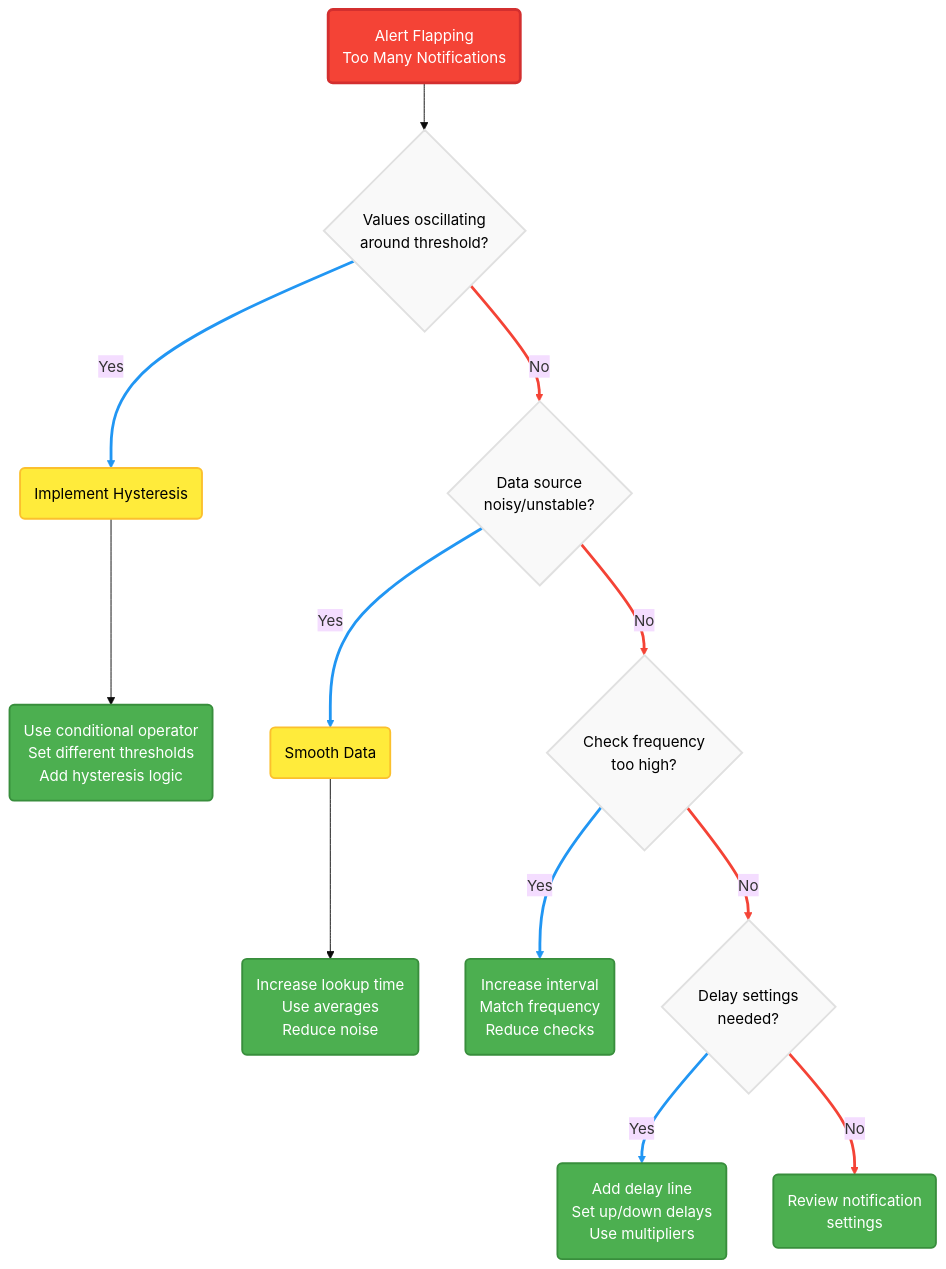
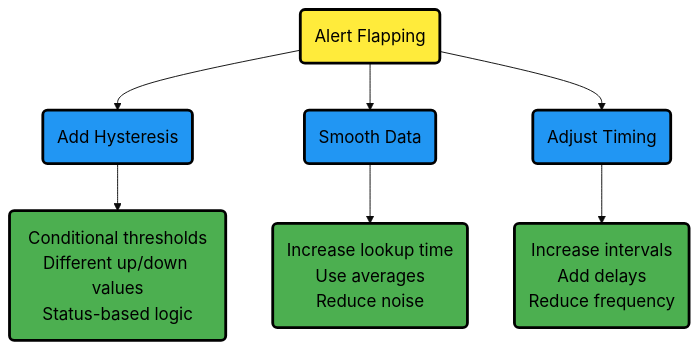
Before and after one commit to netdata/netdata: the third of 3 diagrams in src/health/REFERENCE.md, drawn with Mermaid (base theme). The commit also changed other lines of this file and 21 other files, not shown here.

Commit message:
Fix Mermaid diagrams across multiple files

````diff
--- a/src/health/REFERENCE.md
+++ b/src/health/REFERENCE.md
@@ -1478,42 +1409,21 @@
 ```mermaid
 flowchart TD
-    A("Alert Flapping<br/>Too Many Notifications") --> B{"Values oscillating<br/>around threshold?"}
+    A("Alert Flapping") --> B("Add Hysteresis")
+    A --> C("Smooth Data")
+    A --> D("Adjust Timing")
     
-    B -->|Yes| C("Implement Hysteresis")
-    B -->|No| D{"Data source<br/>noisy/unstable?"}
+    B --> B1("Conditional thresholds<br/>Different up/down values<br/>Status-based logic")
+    C --> C1("Increase lookup time<br/>Use averages<br/>Reduce noise")
+    D --> D1("Increase intervals<br/>Add delays<br/>Reduce frequency")
     
-    C --> C1("Use conditional operator<br/>Set different thresholds<br/>Add hysteresis logic")
-    
-    D -->|Yes| E("Smooth Data")
-    D -->|No| F{"Check frequency<br/>too high?"}
-    
-    E --> E1("Increase lookup time<br/>Use averages<br/>Reduce noise")
-    
-    F -->|Yes| F1("Increase interval<br/>Match frequency<br/>Reduce checks")
-    F -->|No| G{"Delay settings<br/>needed?"}
-    
-    G -->|Yes| G1("Add delay line<br/>Set up/down delays<br/>Use multipliers")
-    G -->|No| H("Review notification<br/>settings")
-    
-    style A fill:#f44336,stroke:#d32f2f,stroke-width:3px,color:#fff
-    style C fill:#ffeb3b,stroke:#fbc02d,stroke-width:2px,color:#000
-    style E fill:#ffeb3b,stroke:#fbc02d,stroke-width:2px,color:#000
-    style B fill:#f9f9f9,stroke:#e0e0e0,stroke-width:2px,color:#000
-    style D fill:#f9f9f9,stroke:#e0e0e0,stroke-width:2px,color:#000
-    style F fill:#f9f9f9,stroke:#e0e0e0,stroke-width:2px,color:#000
-    style G fill:#f9f9f9,stroke:#e0e0e0,stroke-width:2px,color:#000
-    style C1 fill:#4caf50,stroke:#388e3c,stroke-width:2px,color:#fff
-    style E1 fill:#4caf50,stroke:#388e3c,stroke-width:2px,color:#fff
-    style F1 fill:#4caf50,stroke:#388e3c,stroke-width:2px,color:#fff
-    style G1 fill:#4caf50,stroke:#388e3c,stroke-width:2px,color:#fff
-    style H fill:#4caf50,stroke:#388e3c,stroke-width:2px,color:#fff
-    
-    linkStyle 1 stroke:#2196F3,stroke-width:3px
-    linkStyle 2 stroke:#f44336,stroke-width:3px
-    linkStyle 4 stroke:#2196F3,stroke-width:3px
-    linkStyle 5 stroke:#f44336,stroke-width:3px
-    linkStyle 7 stroke:#2196F3,stroke-width:3px
-    linkStyle 8 stroke:#f44336,stroke-width:3px
-    linkStyle 9 stroke:#2196F3,stroke-width:3px
-    linkStyle 10 stroke:#f44336,stroke-width:3px
+    %% Style definitions
+    classDef alert fill:#ffeb3b,stroke:#000000,stroke-width:3px,color:#000000,font-size:18px
+    classDef neutral fill:#f9f9f9,stroke:#000000,stroke-width:3px,color:#000000,font-size:18px
+    classDef complete fill:#4caf50,stroke:#000000,stroke-width:3px,color:#000000,font-size:18px
+    classDef database fill:#2196F3,stroke:#000000,stroke-width:3px,color:#000000,font-size:18px
+
+    %% Apply styles
+    class A alert
+    class B,C,D database
+    class B1,C1,D1 complete
 ```
````
